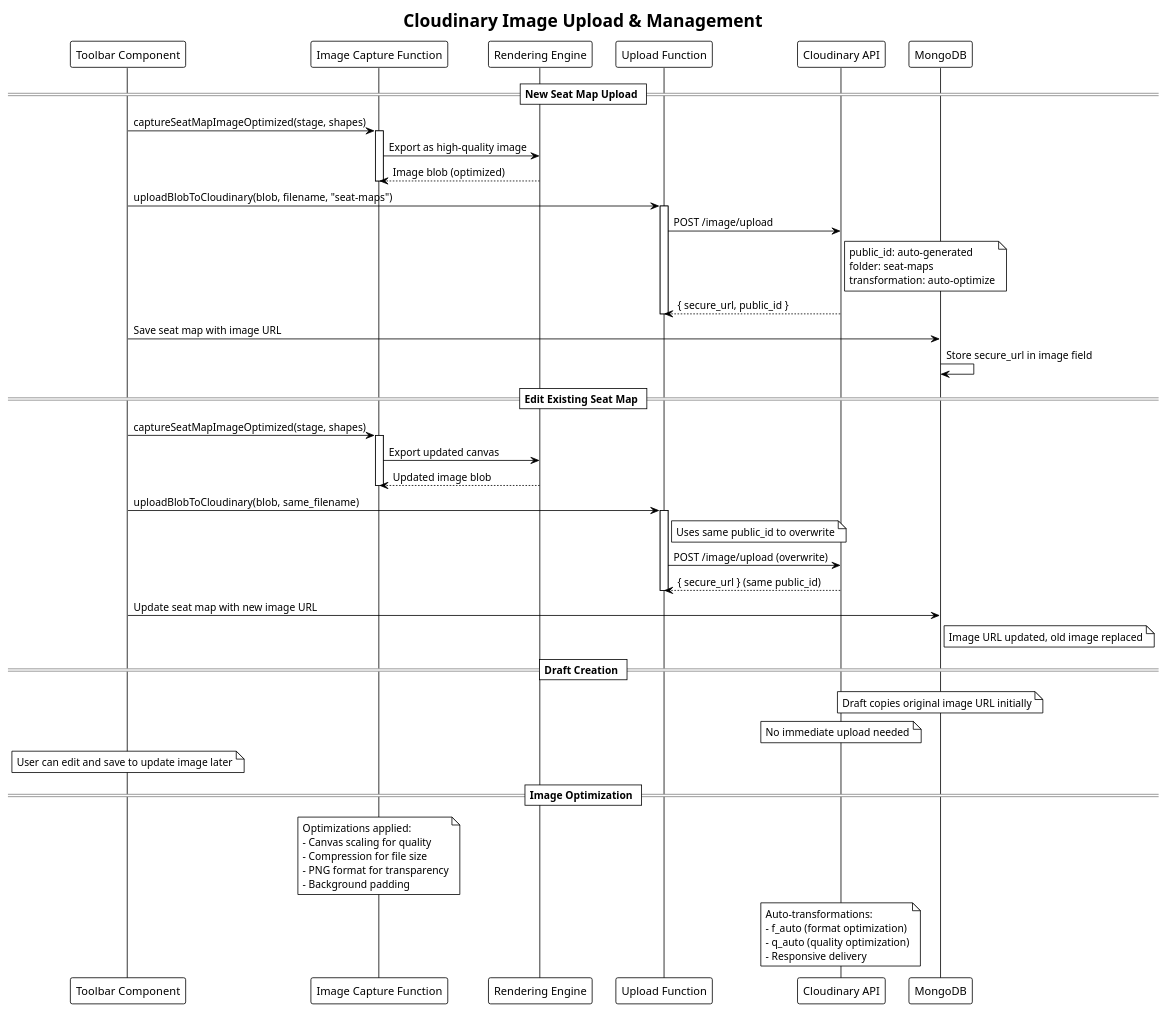
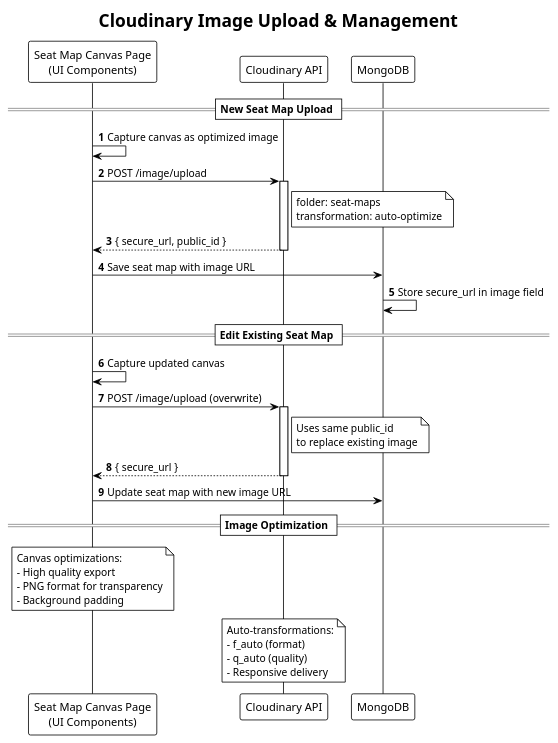
Before and after one commit to VieTicket/vieticket-monorepo: the sixth of 6 diagrams in puml/seat-map.puml, drawn with PlantUML. The commit also changed other lines of this file and 183 other files, not shown here.

```diff
--- a/puml/seat-map.puml
+++ b/puml/seat-map.puml
@@ -287,71 +351,52 @@
 @startuml cloudinary-image-handling
+autonumber
 !theme plain
 title Cloudinary Image Upload & Management
 
-participant "Toolbar Component" as Toolbar
-participant "Image Capture Function" as Capture
-participant "Rendering Engine" as Renderer
-participant "Upload Function" as Upload
+participant "Seat Map Canvas Page\n(UI Components)" as Page
 participant "Cloudinary API" as Cloudinary
 participant "MongoDB" as MongoDB
 
 == New Seat Map Upload ==
-Toolbar -> Capture: captureSeatMapImageOptimized(stage, shapes)
-activate Capture
-Capture -> Renderer: Export as high-quality image
-Renderer --> Capture: Image blob (optimized)
-deactivate Capture
-
-Toolbar -> Upload: uploadBlobToCloudinary(blob, filename, "seat-maps")
-activate Upload
-Upload -> Cloudinary: POST /image/upload
+Page -> Page: Capture canvas as optimized image
+Page -> Cloudinary: POST /image/upload
+activate Cloudinary
 Note right of Cloudinary
-  public_id: auto-generated
   folder: seat-maps
   transformation: auto-optimize
 end note
-Cloudinary --> Upload: { secure_url, public_id }
-deactivate Upload
+Cloudinary --> Page: { secure_url, public_id }
+deactivate Cloudinary
 
-Toolbar -> MongoDB: Save seat map with image URL
+Page -> MongoDB: Save seat map with image URL
 MongoDB -> MongoDB: Store secure_url in image field
 
 == Edit Existing Seat Map ==
-Toolbar -> Capture: captureSeatMapImageOptimized(stage, shapes)
-activate Capture
-Capture -> Renderer: Export updated canvas
-Renderer --> Capture: Updated image blob
-deactivate Capture
+Page -> Page: Capture updated canvas
+Page -> Cloudinary: POST /image/upload (overwrite)
+activate Cloudinary
+Note right of Cloudinary
+  Uses same public_id
+  to replace existing image
+end note
+Cloudinary --> Page: { secure_url }
+deactivate Cloudinary
 
-Toolbar -> Upload: uploadBlobToCloudinary(blob, same_filename)
-activate Upload
-Note right of Upload: Uses same public_id to overwrite
-Upload -> Cloudinary: POST /image/upload (overwrite)
-Cloudinary --> Upload: { secure_url } (same public_id)
-deactivate Upload
-
-Toolbar -> MongoDB: Update seat map with new image URL
-Note right of MongoDB: Image URL updated, old image replaced
-
-== Draft Creation ==
-Note over MongoDB: Draft copies original image URL initially
-Note over Cloudinary: No immediate upload needed
-Note over Toolbar: User can edit and save to update image later
+Page -> MongoDB: Update seat map with new image URL
 
 == Image Optimization ==
-Note over Capture
-  Optimizations applied:
-  - Canvas scaling for quality
-  - Compression for file size
+Note over Page
+  Canvas optimizations:
+  - High quality export
   - PNG format for transparency
   - Background padding
 end note
 
 Note over Cloudinary
   Auto-transformations:
-  - f_auto (format optimization)
-  - q_auto (quality optimization)
+  - f_auto (format)
+  - q_auto (quality)
   - Responsive delivery
 end note
 
 @enduml
```
